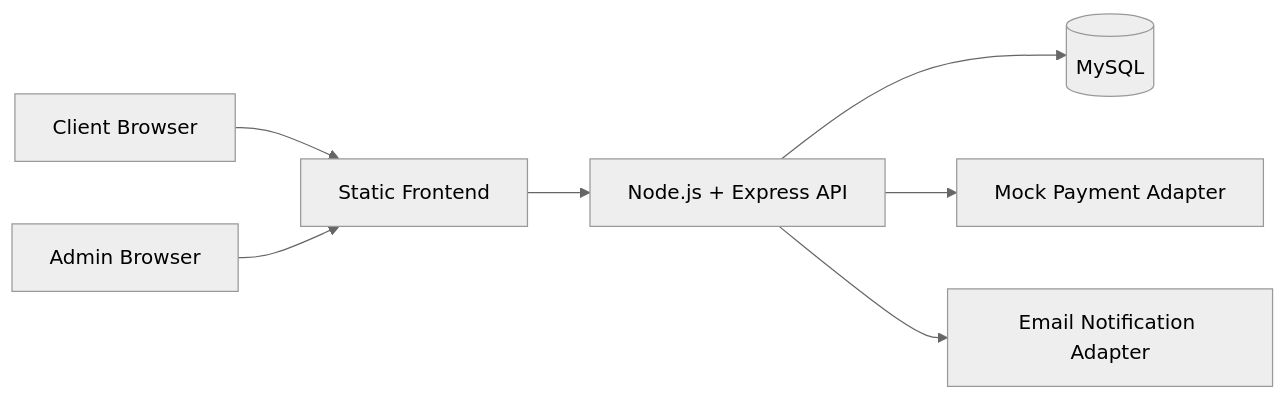
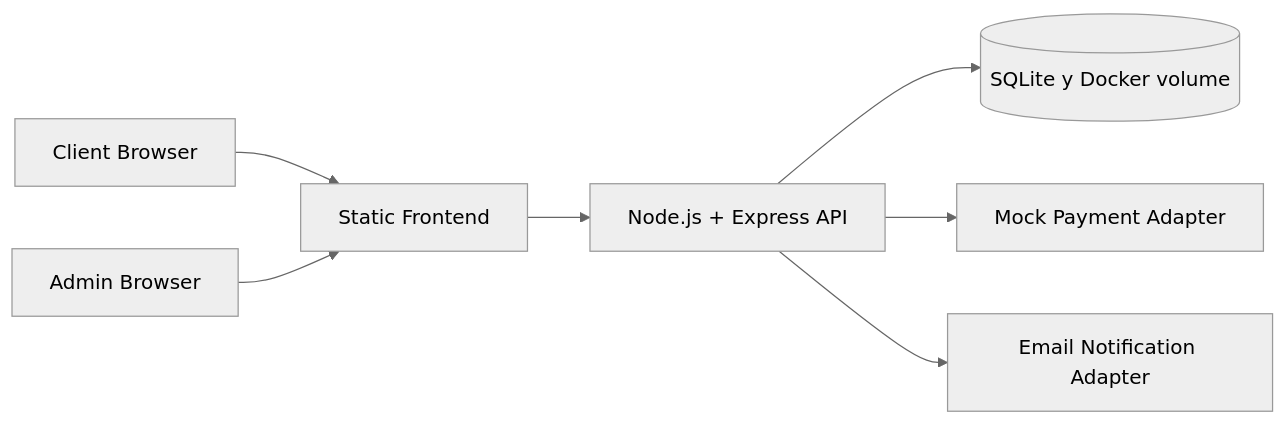
The first of 2 diagrams in docs/architecture/system-overview.md (dshgrk/diploma), drawn with Mermaid (neutral theme) before and after one commit. The commit also changed other lines of this file and 232 other files, not shown here.

````diff
--- a/docs/architecture/system-overview.md
+++ b/docs/architecture/system-overview.md
@@ -18,9 +18,9 @@
 ```mermaid
 flowchart LR
     Client[Client Browser] --> Frontend[Static Frontend]
     Admin[Admin Browser] --> Frontend
     Frontend --> Api[Node.js + Express API]
-    Api --> Db[(MySQL)]
+    Api --> Db[(SQLite у Docker volume)]
     Api --> Payment[Mock Payment Adapter]
     Api --> Email[Email Notification Adapter]
 ```
````
